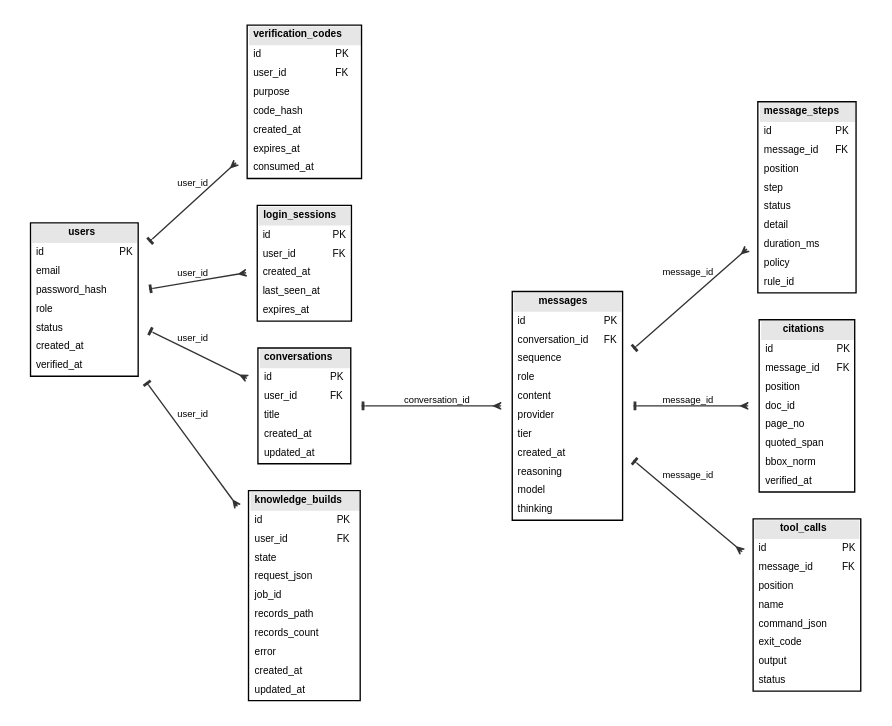
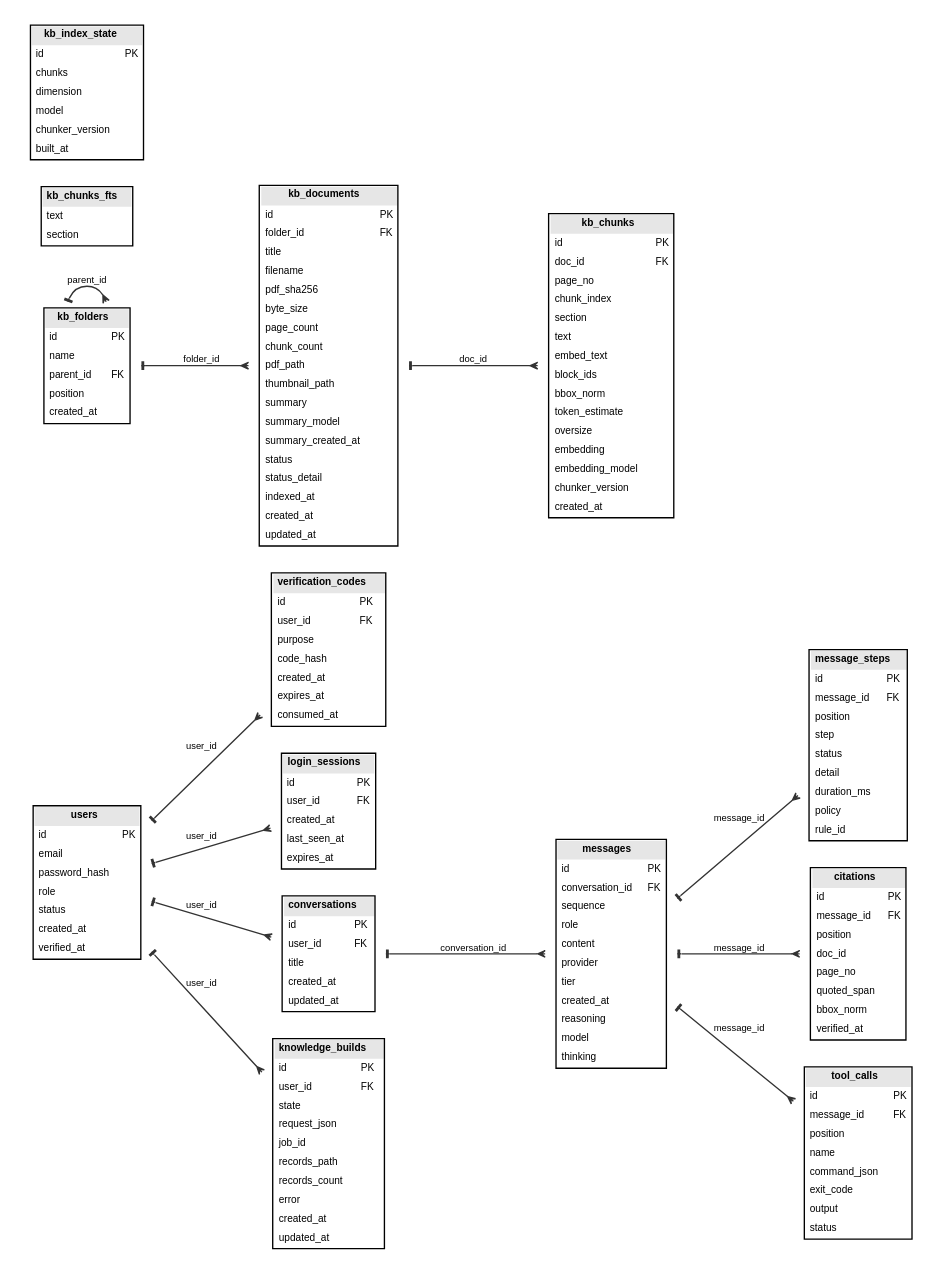
Before and after one commit to Kane-LI-0114/verifiable-tutor: the diagram in docs/figures/physical-db.dot, drawn with Graphviz. The commit also changed 10 other files, not shown here.

First line of the commit message:
feat(knowledge): add the page-first chunker and the local knowledge store

```diff
--- a/docs/figures/physical-db.dot
+++ b/docs/figures/physical-db.dot
@@ -1,114 +1,178 @@
 digraph physical_data_model {
   // Generated by scripts/build_data_model.py from the Storage schema; do not edit.
   graph [rankdir=LR, splines=true, nodesep=0.16, ranksep=0.52, fontname="Helvetica", fontsize=9,
          bgcolor="white", pad=0.10];
   node [fontname="Helvetica", fontsize=7.5, shape=plaintext];
   edge [fontname="Helvetica", fontsize=7, color="#333333", arrowsize=0.55,
         dir=both, arrowtail=tee, arrowhead=crow];
   // Physical SQLite schema. The logical model is docs/figures/prd-er.dot.
   users [label=<<TABLE BORDER="1" CELLBORDER="0" CELLSPACING="0" CELLPADDING="3" BGCOLOR="white">
       <TR><TD BGCOLOR="#e6e6e6" COLSPAN="2"><B>users</B></TD></TR>
       <TR><TD ALIGN="LEFT">id</TD><TD ALIGN="LEFT">PK</TD></TR>
       <TR><TD ALIGN="LEFT">email</TD><TD ALIGN="LEFT"></TD></TR>
       <TR><TD ALIGN="LEFT">password_hash</TD><TD ALIGN="LEFT"></TD></TR>
       <TR><TD ALIGN="LEFT">role</TD><TD ALIGN="LEFT"></TD></TR>
       <TR><TD ALIGN="LEFT">status</TD><TD ALIGN="LEFT"></TD></TR>
       <TR><TD ALIGN="LEFT">created_at</TD><TD ALIGN="LEFT"></TD></TR>
       <TR><TD ALIGN="LEFT">verified_at</TD><TD ALIGN="LEFT"></TD></TR>
     </TABLE>>];
   verification_codes [label=<<TABLE BORDER="1" CELLBORDER="0" CELLSPACING="0" CELLPADDING="3" BGCOLOR="white">
       <TR><TD BGCOLOR="#e6e6e6" COLSPAN="2"><B>verification_codes</B></TD></TR>
       <TR><TD ALIGN="LEFT">id</TD><TD ALIGN="LEFT">PK</TD></TR>
       <TR><TD ALIGN="LEFT">user_id</TD><TD ALIGN="LEFT">FK</TD></TR>
       <TR><TD ALIGN="LEFT">purpose</TD><TD ALIGN="LEFT"></TD></TR>
       <TR><TD ALIGN="LEFT">code_hash</TD><TD ALIGN="LEFT"></TD></TR>
       <TR><TD ALIGN="LEFT">created_at</TD><TD ALIGN="LEFT"></TD></TR>
       <TR><TD ALIGN="LEFT">expires_at</TD><TD ALIGN="LEFT"></TD></TR>
       <TR><TD ALIGN="LEFT">consumed_at</TD><TD ALIGN="LEFT"></TD></TR>
     </TABLE>>];
   login_sessions [label=<<TABLE BORDER="1" CELLBORDER="0" CELLSPACING="0" CELLPADDING="3" BGCOLOR="white">
       <TR><TD BGCOLOR="#e6e6e6" COLSPAN="2"><B>login_sessions</B></TD></TR>
       <TR><TD ALIGN="LEFT">id</TD><TD ALIGN="LEFT">PK</TD></TR>
       <TR><TD ALIGN="LEFT">user_id</TD><TD ALIGN="LEFT">FK</TD></TR>
       <TR><TD ALIGN="LEFT">created_at</TD><TD ALIGN="LEFT"></TD></TR>
       <TR><TD ALIGN="LEFT">last_seen_at</TD><TD ALIGN="LEFT"></TD></TR>
       <TR><TD ALIGN="LEFT">expires_at</TD><TD ALIGN="LEFT"></TD></TR>
     </TABLE>>];
   conversations [label=<<TABLE BORDER="1" CELLBORDER="0" CELLSPACING="0" CELLPADDING="3" BGCOLOR="white">
       <TR><TD BGCOLOR="#e6e6e6" COLSPAN="2"><B>conversations</B></TD></TR>
       <TR><TD ALIGN="LEFT">id</TD><TD ALIGN="LEFT">PK</TD></TR>
       <TR><TD ALIGN="LEFT">user_id</TD><TD ALIGN="LEFT">FK</TD></TR>
       <TR><TD ALIGN="LEFT">title</TD><TD ALIGN="LEFT"></TD></TR>
       <TR><TD ALIGN="LEFT">created_at</TD><TD ALIGN="LEFT"></TD></TR>
       <TR><TD ALIGN="LEFT">updated_at</TD><TD ALIGN="LEFT"></TD></TR>
     </TABLE>>];
   messages [label=<<TABLE BORDER="1" CELLBORDER="0" CELLSPACING="0" CELLPADDING="3" BGCOLOR="white">
       <TR><TD BGCOLOR="#e6e6e6" COLSPAN="2"><B>messages</B></TD></TR>
       <TR><TD ALIGN="LEFT">id</TD><TD ALIGN="LEFT">PK</TD></TR>
       <TR><TD ALIGN="LEFT">conversation_id</TD><TD ALIGN="LEFT">FK</TD></TR>
       <TR><TD ALIGN="LEFT">sequence</TD><TD ALIGN="LEFT"></TD></TR>
       <TR><TD ALIGN="LEFT">role</TD><TD ALIGN="LEFT"></TD></TR>
       <TR><TD ALIGN="LEFT">content</TD><TD ALIGN="LEFT"></TD></TR>
       <TR><TD ALIGN="LEFT">provider</TD><TD ALIGN="LEFT"></TD></TR>
       <TR><TD ALIGN="LEFT">tier</TD><TD ALIGN="LEFT"></TD></TR>
       <TR><TD ALIGN="LEFT">created_at</TD><TD ALIGN="LEFT"></TD></TR>
       <TR><TD ALIGN="LEFT">reasoning</TD><TD ALIGN="LEFT"></TD></TR>
       <TR><TD ALIGN="LEFT">model</TD><TD ALIGN="LEFT"></TD></TR>
       <TR><TD ALIGN="LEFT">thinking</TD><TD ALIGN="LEFT"></TD></TR>
     </TABLE>>];
   message_steps [label=<<TABLE BORDER="1" CELLBORDER="0" CELLSPACING="0" CELLPADDING="3" BGCOLOR="white">
       <TR><TD BGCOLOR="#e6e6e6" COLSPAN="2"><B>message_steps</B></TD></TR>
       <TR><TD ALIGN="LEFT">id</TD><TD ALIGN="LEFT">PK</TD></TR>
       <TR><TD ALIGN="LEFT">message_id</TD><TD ALIGN="LEFT">FK</TD></TR>
       <TR><TD ALIGN="LEFT">position</TD><TD ALIGN="LEFT"></TD></TR>
       <TR><TD ALIGN="LEFT">step</TD><TD ALIGN="LEFT"></TD></TR>
       <TR><TD ALIGN="LEFT">status</TD><TD ALIGN="LEFT"></TD></TR>
       <TR><TD ALIGN="LEFT">detail</TD><TD ALIGN="LEFT"></TD></TR>
       <TR><TD ALIGN="LEFT">duration_ms</TD><TD ALIGN="LEFT"></TD></TR>
       <TR><TD ALIGN="LEFT">policy</TD><TD ALIGN="LEFT"></TD></TR>
       <TR><TD ALIGN="LEFT">rule_id</TD><TD ALIGN="LEFT"></TD></TR>
     </TABLE>>];
   citations [label=<<TABLE BORDER="1" CELLBORDER="0" CELLSPACING="0" CELLPADDING="3" BGCOLOR="white">
       <TR><TD BGCOLOR="#e6e6e6" COLSPAN="2"><B>citations</B></TD></TR>
       <TR><TD ALIGN="LEFT">id</TD><TD ALIGN="LEFT">PK</TD></TR>
       <TR><TD ALIGN="LEFT">message_id</TD><TD ALIGN="LEFT">FK</TD></TR>
       <TR><TD ALIGN="LEFT">position</TD><TD ALIGN="LEFT"></TD></TR>
       <TR><TD ALIGN="LEFT">doc_id</TD><TD ALIGN="LEFT"></TD></TR>
       <TR><TD ALIGN="LEFT">page_no</TD><TD ALIGN="LEFT"></TD></TR>
       <TR><TD ALIGN="LEFT">quoted_span</TD><TD ALIGN="LEFT"></TD></TR>
       <TR><TD ALIGN="LEFT">bbox_norm</TD><TD ALIGN="LEFT"></TD></TR>
       <TR><TD ALIGN="LEFT">verified_at</TD><TD ALIGN="LEFT"></TD></TR>
     </TABLE>>];
   tool_calls [label=<<TABLE BORDER="1" CELLBORDER="0" CELLSPACING="0" CELLPADDING="3" BGCOLOR="white">
       <TR><TD BGCOLOR="#e6e6e6" COLSPAN="2"><B>tool_calls</B></TD></TR>
       <TR><TD ALIGN="LEFT">id</TD><TD ALIGN="LEFT">PK</TD></TR>
       <TR><TD ALIGN="LEFT">message_id</TD><TD ALIGN="LEFT">FK</TD></TR>
       <TR><TD ALIGN="LEFT">position</TD><TD ALIGN="LEFT"></TD></TR>
       <TR><TD ALIGN="LEFT">name</TD><TD ALIGN="LEFT"></TD></TR>
       <TR><TD ALIGN="LEFT">command_json</TD><TD ALIGN="LEFT"></TD></TR>
       <TR><TD ALIGN="LEFT">exit_code</TD><TD ALIGN="LEFT"></TD></TR>
       <TR><TD ALIGN="LEFT">output</TD><TD ALIGN="LEFT"></TD></TR>
       <TR><TD ALIGN="LEFT">status</TD><TD ALIGN="LEFT"></TD></TR>
     </TABLE>>];
   knowledge_builds [label=<<TABLE BORDER="1" CELLBORDER="0" CELLSPACING="0" CELLPADDING="3" BGCOLOR="white">
       <TR><TD BGCOLOR="#e6e6e6" COLSPAN="2"><B>knowledge_builds</B></TD></TR>
       <TR><TD ALIGN="LEFT">id</TD><TD ALIGN="LEFT">PK</TD></TR>
       <TR><TD ALIGN="LEFT">user_id</TD><TD ALIGN="LEFT">FK</TD></TR>
       <TR><TD ALIGN="LEFT">state</TD><TD ALIGN="LEFT"></TD></TR>
       <TR><TD ALIGN="LEFT">request_json</TD><TD ALIGN="LEFT"></TD></TR>
       <TR><TD ALIGN="LEFT">job_id</TD><TD ALIGN="LEFT"></TD></TR>
       <TR><TD ALIGN="LEFT">records_path</TD><TD ALIGN="LEFT"></TD></TR>
       <TR><TD ALIGN="LEFT">records_count</TD><TD ALIGN="LEFT"></TD></TR>
       <TR><TD ALIGN="LEFT">error</TD><TD ALIGN="LEFT"></TD></TR>
       <TR><TD ALIGN="LEFT">created_at</TD><TD ALIGN="LEFT"></TD></TR>
       <TR><TD ALIGN="LEFT">updated_at</TD><TD ALIGN="LEFT"></TD></TR>
     </TABLE>>];
+  kb_folders [label=<<TABLE BORDER="1" CELLBORDER="0" CELLSPACING="0" CELLPADDING="3" BGCOLOR="white">
+      <TR><TD BGCOLOR="#e6e6e6" COLSPAN="2"><B>kb_folders</B></TD></TR>
+      <TR><TD ALIGN="LEFT">id</TD><TD ALIGN="LEFT">PK</TD></TR>
+      <TR><TD ALIGN="LEFT">name</TD><TD ALIGN="LEFT"></TD></TR>
+      <TR><TD ALIGN="LEFT">parent_id</TD><TD ALIGN="LEFT">FK</TD></TR>
+      <TR><TD ALIGN="LEFT">position</TD><TD ALIGN="LEFT"></TD></TR>
+      <TR><TD ALIGN="LEFT">created_at</TD><TD ALIGN="LEFT"></TD></TR>
+    </TABLE>>];
+  kb_documents [label=<<TABLE BORDER="1" CELLBORDER="0" CELLSPACING="0" CELLPADDING="3" BGCOLOR="white">
+      <TR><TD BGCOLOR="#e6e6e6" COLSPAN="2"><B>kb_documents</B></TD></TR>
+      <TR><TD ALIGN="LEFT">id</TD><TD ALIGN="LEFT">PK</TD></TR>
+      <TR><TD ALIGN="LEFT">folder_id</TD><TD ALIGN="LEFT">FK</TD></TR>
+      <TR><TD ALIGN="LEFT">title</TD><TD ALIGN="LEFT"></TD></TR>
+      <TR><TD ALIGN="LEFT">filename</TD><TD ALIGN="LEFT"></TD></TR>
+      <TR><TD ALIGN="LEFT">pdf_sha256</TD><TD ALIGN="LEFT"></TD></TR>
+      <TR><TD ALIGN="LEFT">byte_size</TD><TD ALIGN="LEFT"></TD></TR>
+      <TR><TD ALIGN="LEFT">page_count</TD><TD ALIGN="LEFT"></TD></TR>
+      <TR><TD ALIGN="LEFT">chunk_count</TD><TD ALIGN="LEFT"></TD></TR>
+      <TR><TD ALIGN="LEFT">pdf_path</TD><TD ALIGN="LEFT"></TD></TR>
+      <TR><TD ALIGN="LEFT">thumbnail_path</TD><TD ALIGN="LEFT"></TD></TR>
+      <TR><TD ALIGN="LEFT">summary</TD><TD ALIGN="LEFT"></TD></TR>
+      <TR><TD ALIGN="LEFT">summary_model</TD><TD ALIGN="LEFT"></TD></TR>
+      <TR><TD ALIGN="LEFT">summary_created_at</TD><TD ALIGN="LEFT"></TD></TR>
+      <TR><TD ALIGN="LEFT">status</TD><TD ALIGN="LEFT"></TD></TR>
+      <TR><TD ALIGN="LEFT">status_detail</TD><TD ALIGN="LEFT"></TD></TR>
+      <TR><TD ALIGN="LEFT">indexed_at</TD><TD ALIGN="LEFT"></TD></TR>
+      <TR><TD ALIGN="LEFT">created_at</TD><TD ALIGN="LEFT"></TD></TR>
+      <TR><TD ALIGN="LEFT">updated_at</TD><TD ALIGN="LEFT"></TD></TR>
+    </TABLE>>];
+  kb_chunks [label=<<TABLE BORDER="1" CELLBORDER="0" CELLSPACING="0" CELLPADDING="3" BGCOLOR="white">
+      <TR><TD BGCOLOR="#e6e6e6" COLSPAN="2"><B>kb_chunks</B></TD></TR>
+      <TR><TD ALIGN="LEFT">id</TD><TD ALIGN="LEFT">PK</TD></TR>
+      <TR><TD ALIGN="LEFT">doc_id</TD><TD ALIGN="LEFT">FK</TD></TR>
+      <TR><TD ALIGN="LEFT">page_no</TD><TD ALIGN="LEFT"></TD></TR>
+      <TR><TD ALIGN="LEFT">chunk_index</TD><TD ALIGN="LEFT"></TD></TR>
+      <TR><TD ALIGN="LEFT">section</TD><TD ALIGN="LEFT"></TD></TR>
+      <TR><TD ALIGN="LEFT">text</TD><TD ALIGN="LEFT"></TD></TR>
+      <TR><TD ALIGN="LEFT">embed_text</TD><TD ALIGN="LEFT"></TD></TR>
+      <TR><TD ALIGN="LEFT">block_ids</TD><TD ALIGN="LEFT"></TD></TR>
+      <TR><TD ALIGN="LEFT">bbox_norm</TD><TD ALIGN="LEFT"></TD></TR>
+      <TR><TD ALIGN="LEFT">token_estimate</TD><TD ALIGN="LEFT"></TD></TR>
+      <TR><TD ALIGN="LEFT">oversize</TD><TD ALIGN="LEFT"></TD></TR>
+      <TR><TD ALIGN="LEFT">embedding</TD><TD ALIGN="LEFT"></TD></TR>
+      <TR><TD ALIGN="LEFT">embedding_model</TD><TD ALIGN="LEFT"></TD></TR>
+      <TR><TD ALIGN="LEFT">chunker_version</TD><TD ALIGN="LEFT"></TD></TR>
+      <TR><TD ALIGN="LEFT">created_at</TD><TD ALIGN="LEFT"></TD></TR>
+    </TABLE>>];
+  kb_chunks_fts [label=<<TABLE BORDER="1" CELLBORDER="0" CELLSPACING="0" CELLPADDING="3" BGCOLOR="white">
+      <TR><TD BGCOLOR="#e6e6e6" COLSPAN="2"><B>kb_chunks_fts</B></TD></TR>
+      <TR><TD ALIGN="LEFT">text</TD><TD ALIGN="LEFT"></TD></TR>
+      <TR><TD ALIGN="LEFT">section</TD><TD ALIGN="LEFT"></TD></TR>
+    </TABLE>>];
+  kb_index_state [label=<<TABLE BORDER="1" CELLBORDER="0" CELLSPACING="0" CELLPADDING="3" BGCOLOR="white">
+      <TR><TD BGCOLOR="#e6e6e6" COLSPAN="2"><B>kb_index_state</B></TD></TR>
+      <TR><TD ALIGN="LEFT">id</TD><TD ALIGN="LEFT">PK</TD></TR>
+      <TR><TD ALIGN="LEFT">chunks</TD><TD ALIGN="LEFT"></TD></TR>
+      <TR><TD ALIGN="LEFT">dimension</TD><TD ALIGN="LEFT"></TD></TR>
+      <TR><TD ALIGN="LEFT">model</TD><TD ALIGN="LEFT"></TD></TR>
+      <TR><TD ALIGN="LEFT">chunker_version</TD><TD ALIGN="LEFT"></TD></TR>
+      <TR><TD ALIGN="LEFT">built_at</TD><TD ALIGN="LEFT"></TD></TR>
+    </TABLE>>];
   users -> verification_codes [label="user_id"];
   users -> login_sessions [label="user_id"];
   users -> conversations [label="user_id"];
   conversations -> messages [label="conversation_id"];
   messages -> message_steps [label="message_id"];
   messages -> citations [label="message_id"];
   messages -> tool_calls [label="message_id"];
   users -> knowledge_builds [label="user_id"];
+  kb_folders -> kb_folders [label="parent_id"];
+  kb_folders -> kb_documents [label="folder_id"];
+  kb_documents -> kb_chunks [label="doc_id"];
 }
```
